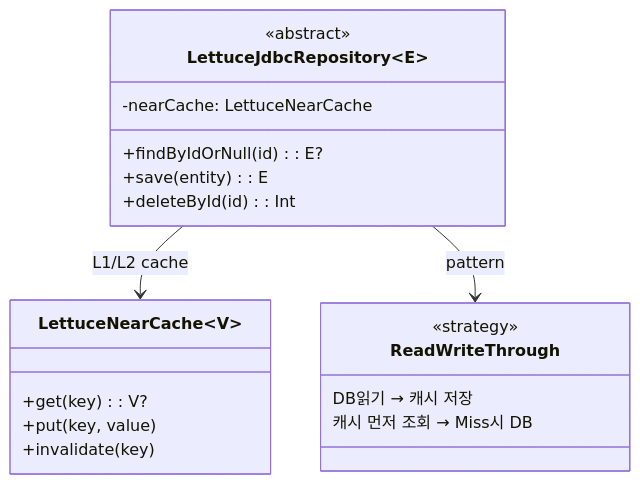
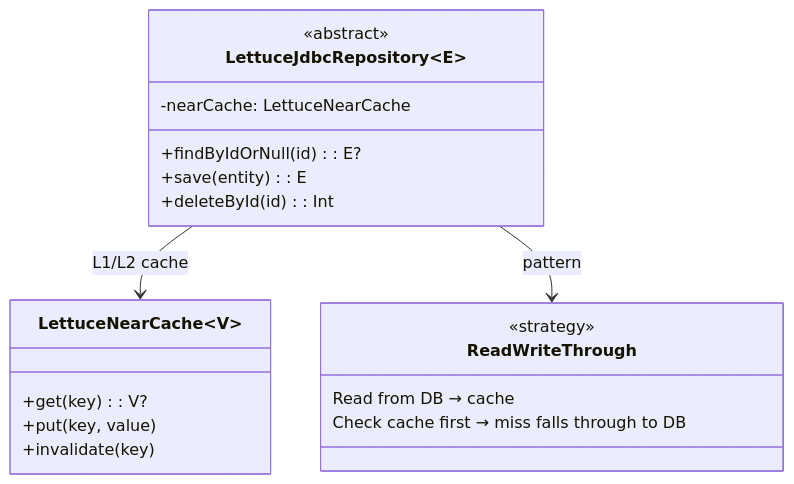
One commit to bluetape4k/bluetape4k-projects changed the first of 2 diagrams in data/exposed-jdbc-lettuce/README.md. Above: the diagram before and after it, drawn with Mermaid. The commit also changed other lines of this file and 265 other files, not shown here.

````diff
--- a/data/exposed-jdbc-lettuce/README.md
+++ b/data/exposed-jdbc-lettuce/README.md
@@ -101,25 +99,25 @@
 ```mermaid
 classDiagram
     direction TB
     class LettuceJdbcRepository~E~ {
         <<abstract>>
         -nearCache: LettuceNearCache
         +findByIdOrNull(id): E?
         +save(entity): E
         +deleteById(id): Int
     }
     class LettuceNearCache~V~ {
         +get(key): V?
         +put(key, value)
         +invalidate(key)
     }
     class ReadWriteThrough {
         <<strategy>>
-        DB읽기 → 캐시 저장
-        캐시 먼저 조회 → Miss시 DB
+        Read from DB → cache
+        Check cache first → miss falls through to DB
     }
 
     LettuceJdbcRepository --> LettuceNearCache : L1/L2 cache
     LettuceJdbcRepository --> ReadWriteThrough : pattern
 
 ```
````
